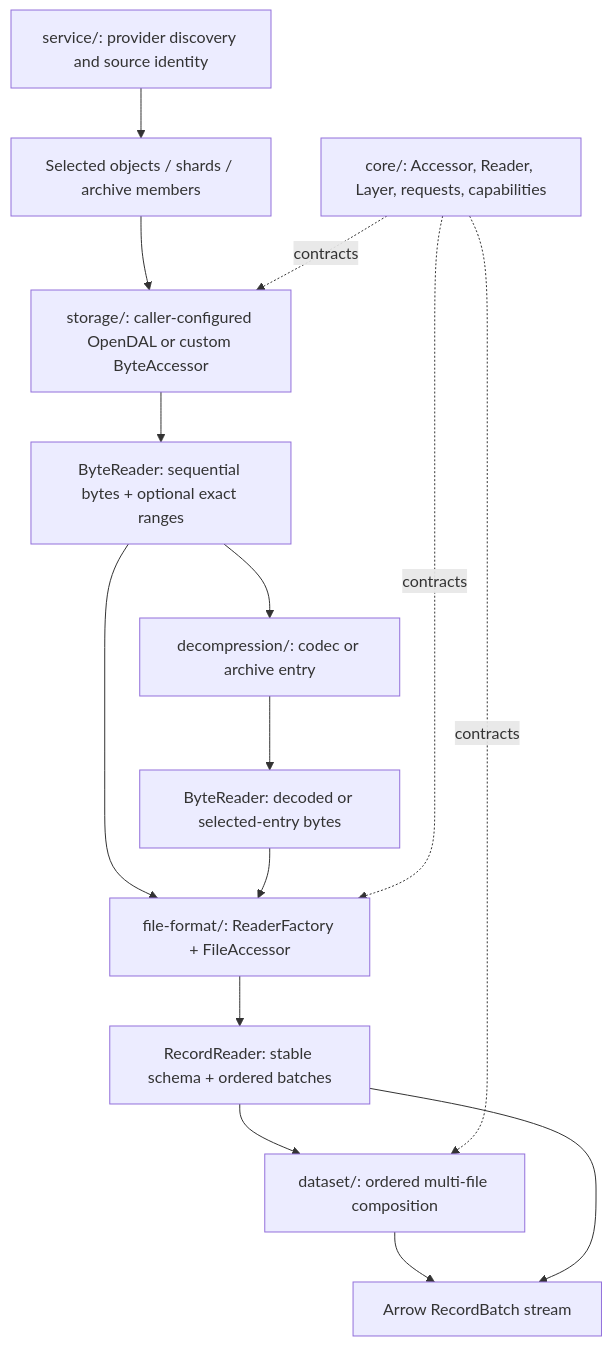
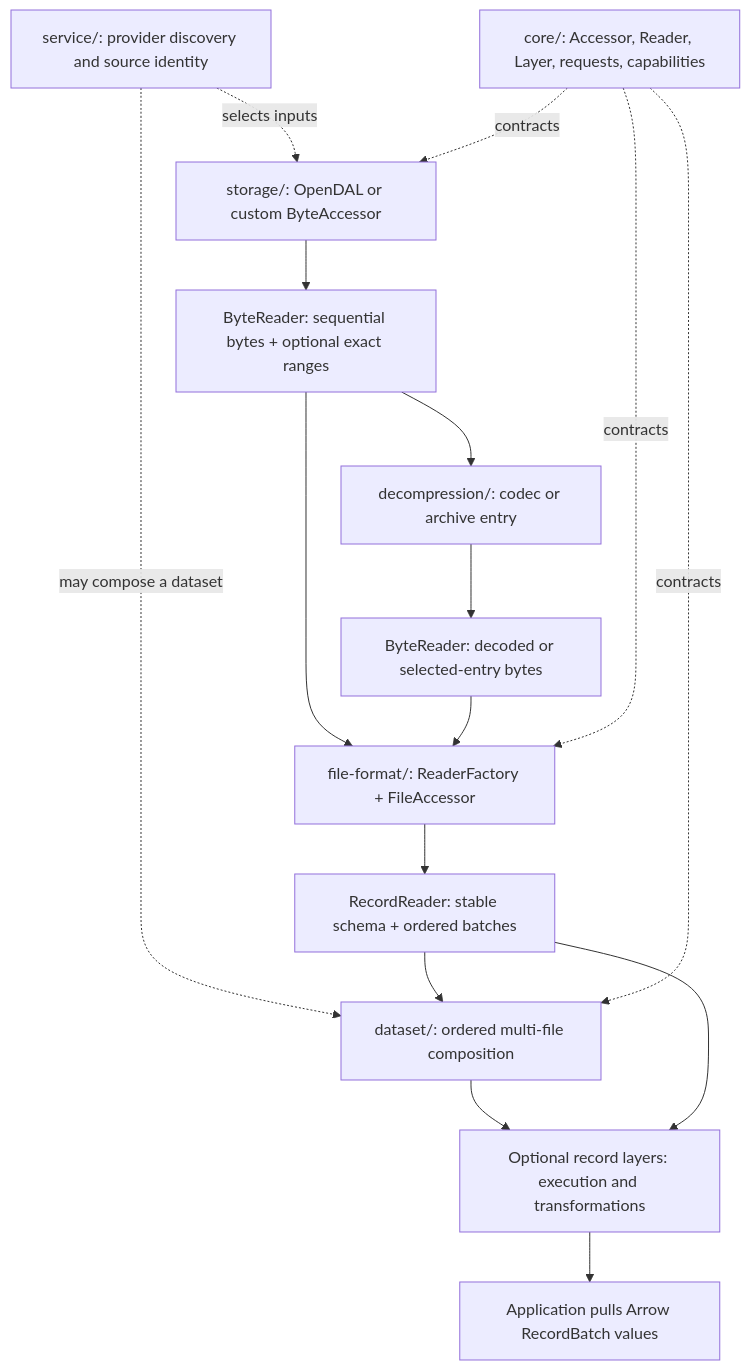
The first of 4 diagrams in docs/architecture.md (dentiny/open-arrow-access), drawn with Mermaid before and after one commit. The commit also changed other lines of this file and 2 other files, not shown here.

Commit message:
docs: explain core abstractions with architecture diagrams

````diff
--- a/docs/architecture.md
+++ b/docs/architecture.md
@@ -14,17 +13,19 @@
 ```mermaid
 flowchart TD
-    Provider["service/: provider discovery and source identity"] --> Objects["Selected objects / shards / archive members"]
-    Objects --> Storage["storage/: caller-configured OpenDAL or custom ByteAccessor"]
+    Provider["service/: provider discovery and source identity"] -. "selects inputs" .-> Storage
+    Provider -. "may compose a dataset" .-> Dataset
+    Storage["storage/: OpenDAL or custom ByteAccessor"]
     Storage --> Bytes["ByteReader: sequential bytes + optional exact ranges"]
     Bytes --> Transform["decompression/: codec or archive entry"]
     Transform --> Decoded["ByteReader: decoded or selected-entry bytes"]
     Bytes --> Format["file-format/: ReaderFactory + FileAccessor"]
     Decoded --> Format
     Format --> Records["RecordReader: stable schema + ordered batches"]
     Records --> Dataset["dataset/: ordered multi-file composition"]
-    Dataset --> Output["Arrow RecordBatch stream"]
-    Records --> Output
+    Dataset --> Layers["Optional record layers: execution and transformations"]
+    Records --> Layers
+    Layers --> Output["Application pulls Arrow RecordBatch values"]
     Core["core/: Accessor, Reader, Layer, requests, capabilities"] -. contracts .-> Storage
     Core -. contracts .-> Format
     Core -. contracts .-> Dataset
 ```
````
